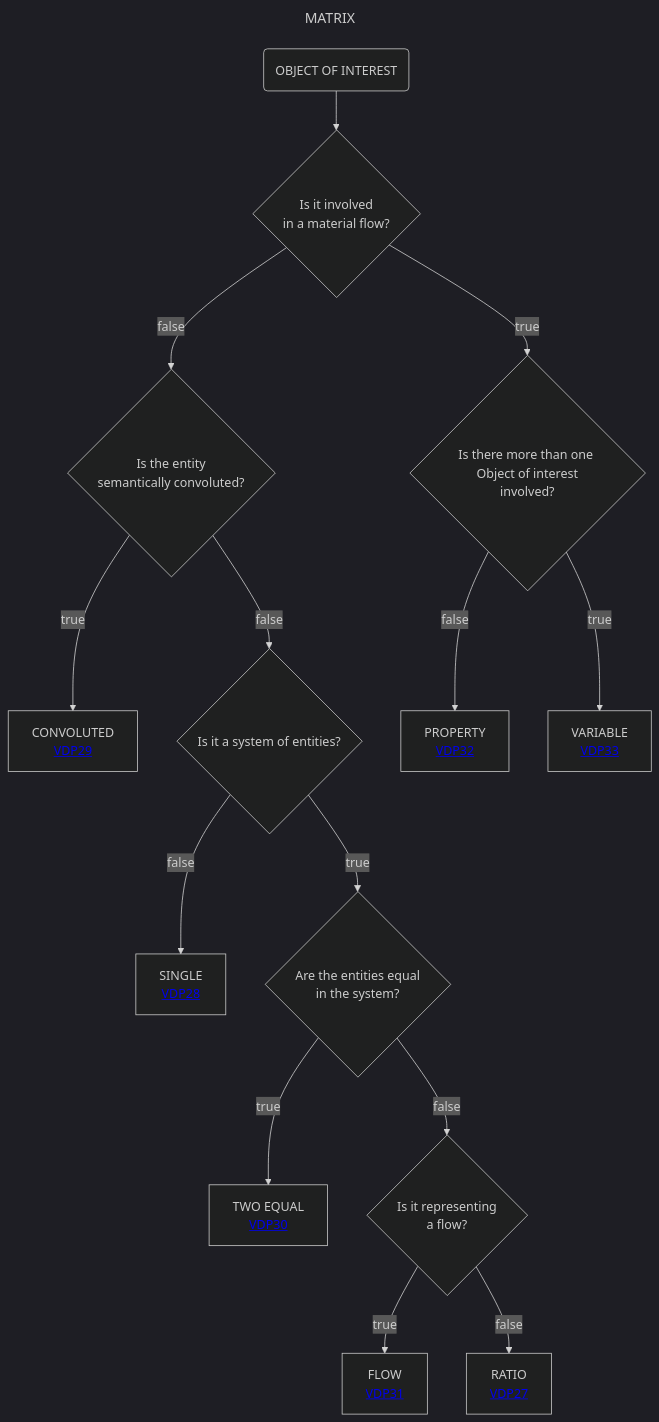
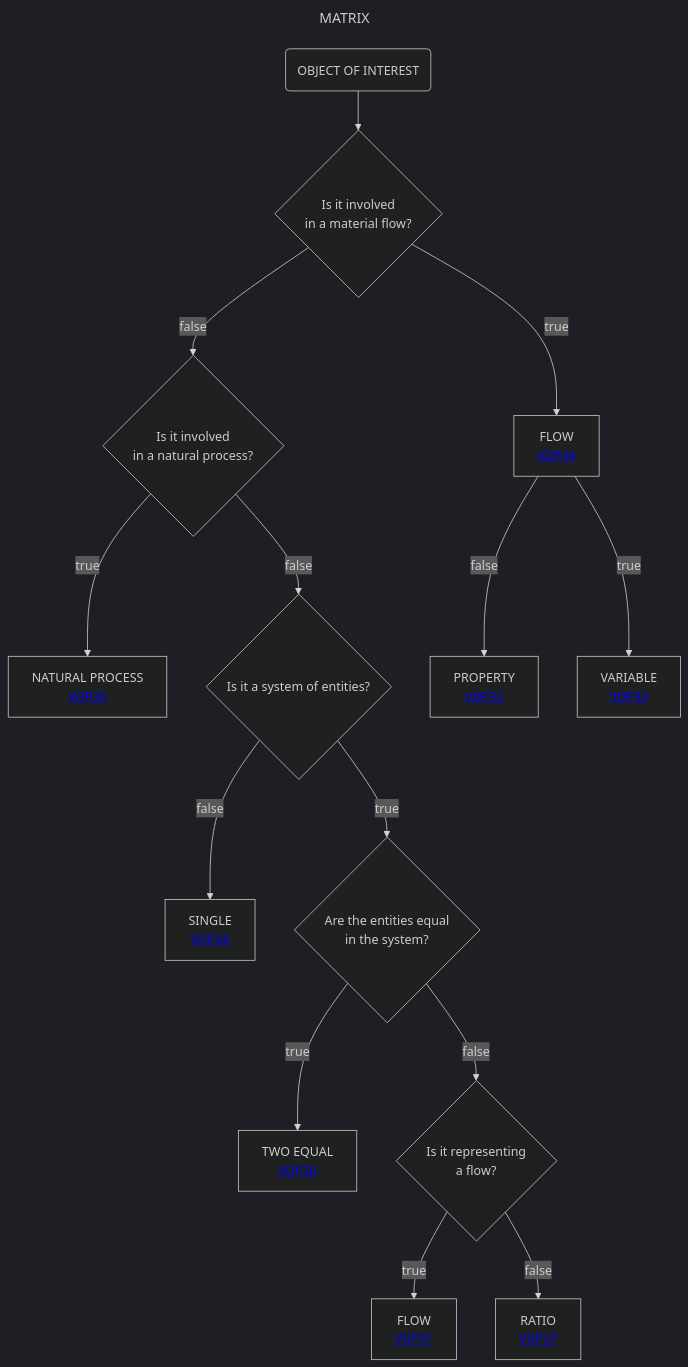
Before and after one commit to mabablue/I-ADOPT-patterns-playground: the diagram in Decisition_trees/DT7.mmd, drawn with Mermaid (dark theme).

```diff
--- a/Decisition_trees/DT7.mmd
+++ b/Decisition_trees/DT7.mmd
@@ -1,17 +1,17 @@
 ---
 title: MATRIX
 ---
 flowchart TD
     A(OBJECT OF INTEREST) --> AB{Is it involved <br> in a material flow?}  
-    AB --> |false|B{Is the entity <br> semantically convoluted?}
-    AB --> |true|O{Is there more than one <br> Object of interest involved?} 
-    B --> |true|C[CONVOLUTED <br> <a href='https://github.com/mabablue/I-ADOPT-patterns-playground/blob/main/pattern/VDP29.yaml'>VDP29</a>]
+    AB --> |false|B{Is it involved <br> in a natural process?}
+    AB --> |true|O[FLOW <br> <a href='https://github.com/mabablue/I-ADOPT-patterns-playground/blob/main/pattern/VDP34.yaml'>VDP34</a>]
+    B --> |true|C[NATURAL PROCESS <br> <a href='https://github.com/mabablue/I-ADOPT-patterns-playground/blob/main/pattern/VDP35.yaml'>VDP35</a>]
     B --> |false|D{Is it a system of entities?}
     D --> |false|E[SINGLE <br> <a href='https://github.com/mabablue/I-ADOPT-patterns-playground/blob/main/pattern/VDP28.yaml'>VDP28</a>]
     D --> |true|F{Are the entities equal <br> in the system?}
     F --> |true|G[TWO EQUAL <br> <a href='https://github.com/mabablue/I-ADOPT-patterns-playground/blob/main/pattern/VDP30.yaml'>VDP30</a>]
     F --> |false|H{Is it representing <br> a flow?}
     H --> |true|I[FLOW <br> <a href='https://github.com/mabablue/I-ADOPT-patterns-playground/blob/main/pattern/VDP31.yaml'>VDP31</a>]
     H --> |false|J[RATIO <br> <a href='https://github.com/mabablue/I-ADOPT-patterns-playground/blob/main/pattern/VDP27.yaml'>VDP27</a>]
     O --> |false|Q[PROPERTY <br> <a href='https://github.com/mabablue/I-ADOPT-patterns-playground/blob/main/pattern/VDP32.yaml'>VDP32</a>]
     O --> |true|R[VARIABLE <br> <a href='https://github.com/mabablue/I-ADOPT-patterns-playground/blob/main/pattern/VDP33.yaml'>VDP33</a>]
```
